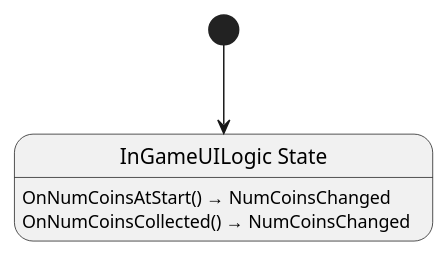
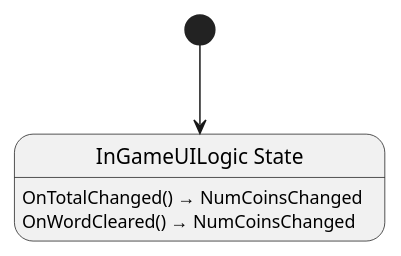
Before and after one commit to arturh85/AnkiTaiso: the diagram in godot/src/in_game_ui/state/InGameUILogic.g.puml, drawn with PlantUML. The commit also changed 172 other files, not shown here.

```diff
--- a/godot/src/in_game_ui/state/InGameUILogic.g.puml
+++ b/godot/src/in_game_ui/state/InGameUILogic.g.puml
@@ -1,7 +1,7 @@
 @startuml InGameUILogic
-state "InGameUILogic State" as kyoukaitansa_in_game_ui_state_InGameUILogic_State
-kyoukaitansa_in_game_ui_state_InGameUILogic_State : OnNumCoinsAtStart() → NumCoinsChanged
-kyoukaitansa_in_game_ui_state_InGameUILogic_State : OnNumCoinsCollected() → NumCoinsChanged
+state "InGameUILogic State" as ankitaiso_in_game_ui_state_InGameUILogic_State
+ankitaiso_in_game_ui_state_InGameUILogic_State : OnTotalChanged() → NumCoinsChanged
+ankitaiso_in_game_ui_state_InGameUILogic_State : OnWordCleared() → NumCoinsChanged
 
-[*] --> kyoukaitansa_in_game_ui_state_InGameUILogic_State
+[*] --> ankitaiso_in_game_ui_state_InGameUILogic_State
 @enduml
```
